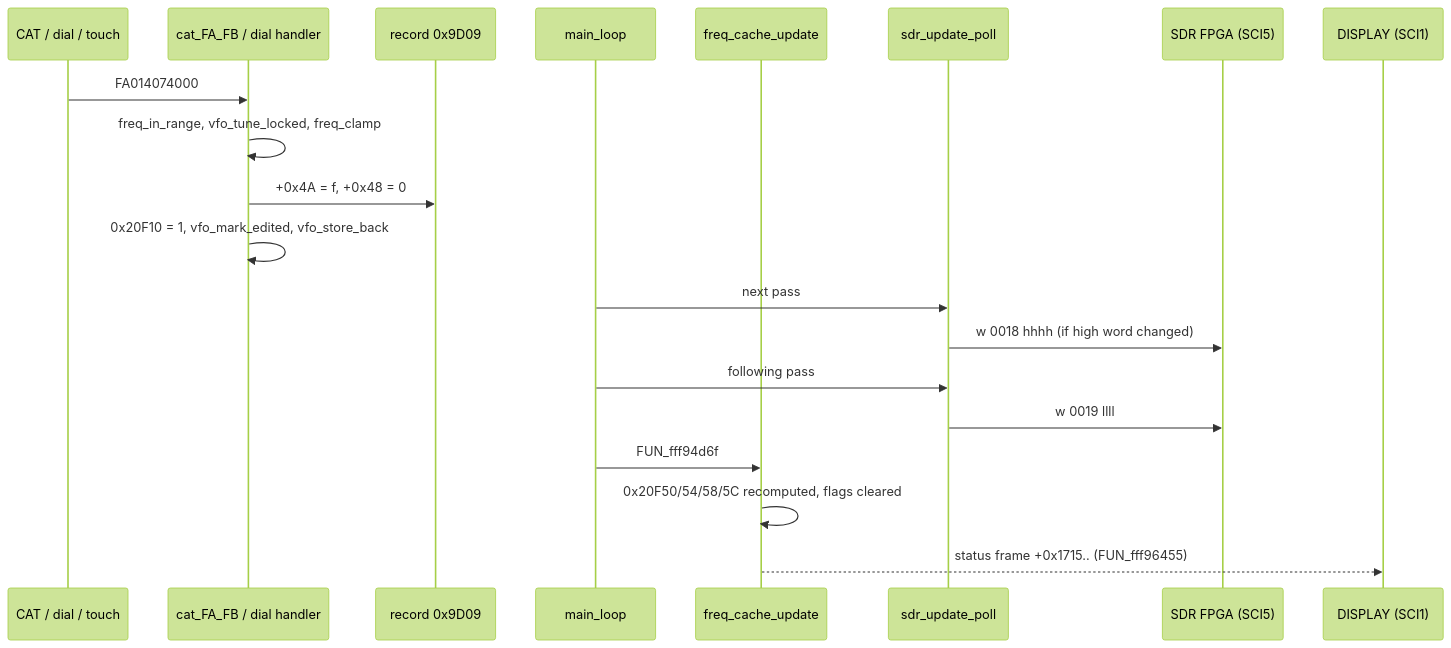
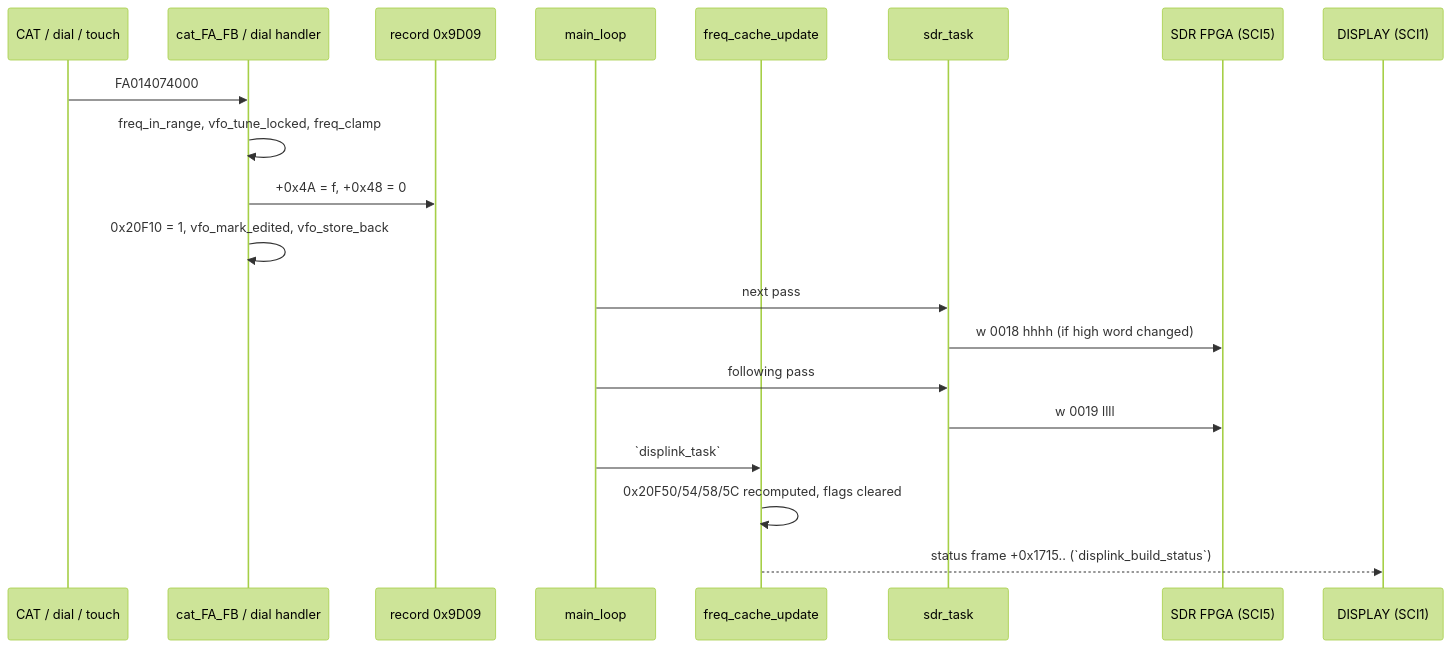
One commit to Reid-n0rc/FT-710_Firmware changed the fourth of 4 diagrams in docs/code/main/radio-control.md. Above: the diagram before and after it, drawn with Mermaid (forest theme). The commit also changed other lines of this file and 29 other files, not shown here.

````diff
--- a/docs/code/main/radio-control.md
+++ b/docs/code/main/radio-control.md
@@ -305,22 +304,22 @@
 ```mermaid
 sequenceDiagram
   participant PC as CAT / dial / touch
   participant H as cat_FA_FB / dial handler
   participant R as record 0x9D09
   participant ML as main_loop
   participant C as freq_cache_update
-  participant S as sdr_update_poll
+  participant S as sdr_task
   participant FPGA as SDR FPGA (SCI5)
   participant D as DISPLAY (SCI1)
   PC->>H: FA014074000;
   H->>H: freq_in_range, vfo_tune_locked, freq_clamp
   H->>R: +0x4A = f, +0x48 = 0
   H->>H: 0x20F10 = 1, vfo_mark_edited, vfo_store_back
   ML->>S: next pass
   S->>FPGA: w 0018 hhhh (if high word changed)
   ML->>S: following pass
   S->>FPGA: w 0019 llll
-  ML->>C: FUN_fff94d6f
+  ML->>C: `displink_task`
   C->>C: 0x20F50/54/58/5C recomputed, flags cleared
-  C-->>D: status frame +0x1715.. (FUN_fff96455)
+  C-->>D: status frame +0x1715.. (`displink_build_status`)
 ```
````
